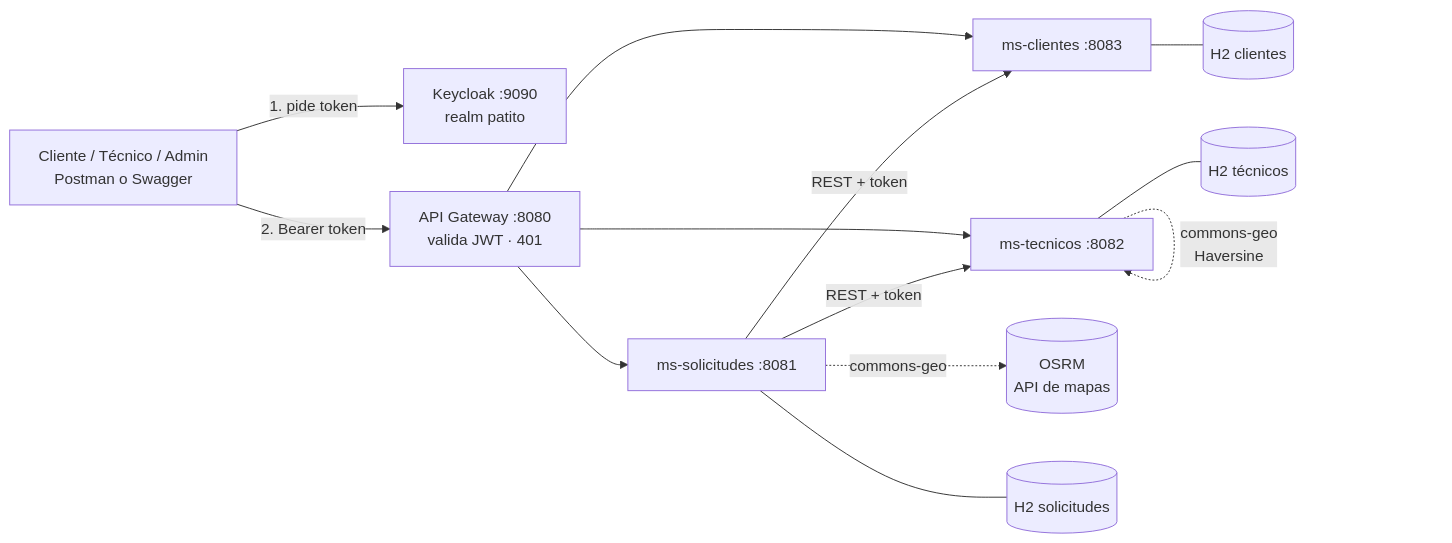
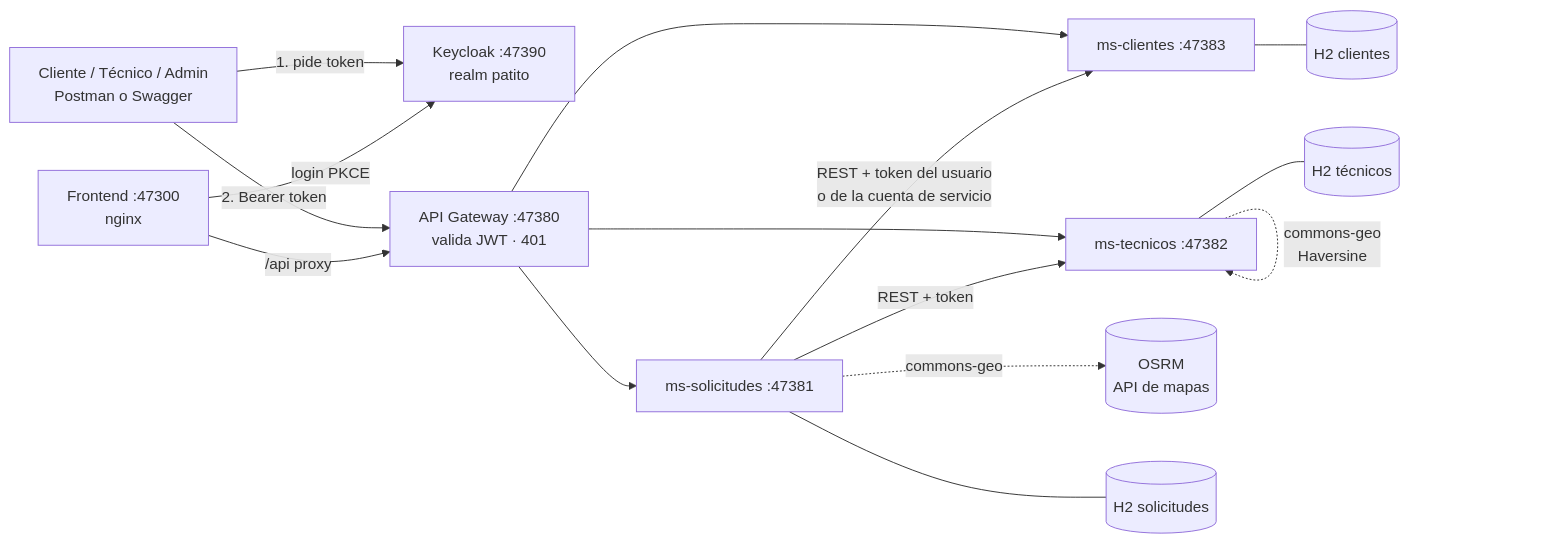
Before and after one commit to ApoloWhite/tpi-tecnica-patito: the first of 2 diagrams in README.md, drawn with Mermaid. The commit also changed other lines of this file and 45 other files, not shown here.

````diff
--- a/README.md
+++ b/README.md
@@ -11,15 +16,17 @@
 ```mermaid
 flowchart LR
-    U[Cliente / Técnico / Admin<br/>Postman o Swagger] -->|1. pide token| KC[Keycloak :9090<br/>realm patito]
-    U -->|2. Bearer token| GW[API Gateway :8080<br/>valida JWT · 401]
-    GW --> MC[ms-clientes :8083]
-    GW --> MT[ms-tecnicos :8082]
-    GW --> MS[ms-solicitudes :8081]
-    MS -->|REST + token| MC
+    U[Cliente / Técnico / Admin<br/>Postman o Swagger] -->|1. pide token| KC[Keycloak :47390<br/>realm patito]
+    U -->|2. Bearer token| GW[API Gateway :47380<br/>valida JWT · 401]
+    W[Frontend :47300<br/>nginx] -->|login PKCE| KC
+    W -->|/api proxy| GW
+    GW --> MC[ms-clientes :47383]
+    GW --> MT[ms-tecnicos :47382]
+    GW --> MS[ms-solicitudes :47381]
+    MS -->|REST + token del usuario<br/>o de la cuenta de servicio| MC
     MS -->|REST + token| MT
     MS -.->|commons-geo| OSRM[(OSRM<br/>API de mapas)]
     MT -.->|commons-geo<br/>Haversine| MT
     MC --- DB1[(H2 clientes)]
     MT --- DB2[(H2 técnicos)]
     MS --- DB3[(H2 solicitudes)]
 ```
````
